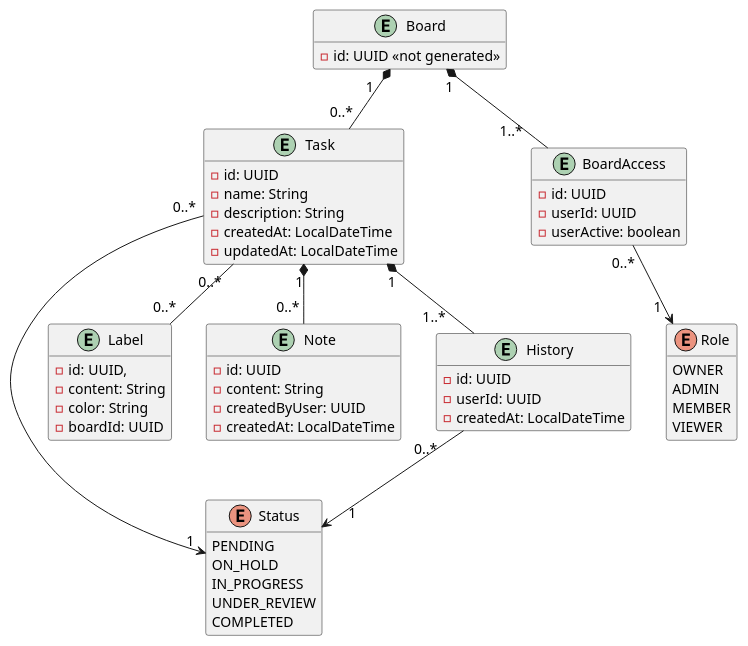
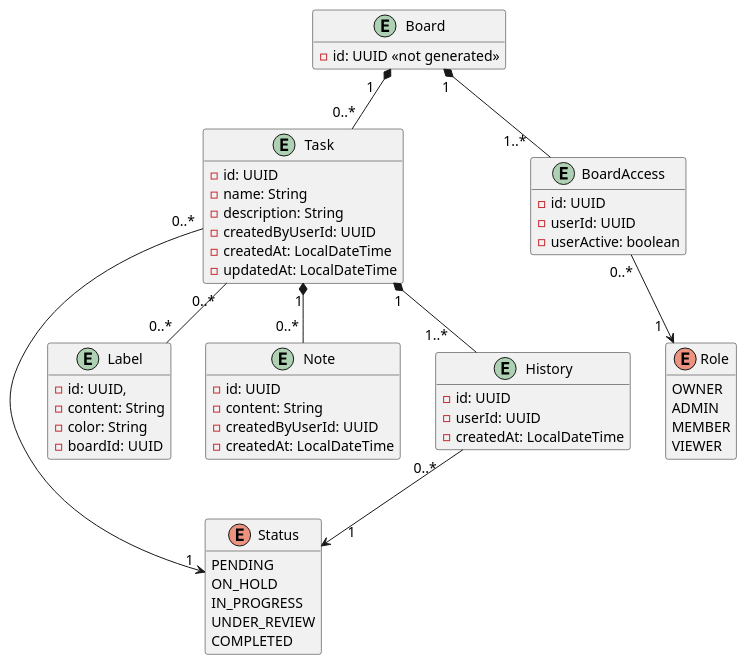
Before and after one commit to ArmandoEnrique1010K/TrelloMicroservices: the diagram in assets/Workflow_diagram.puml, drawn with PlantUML. The commit also changed 8 other files, not shown here.

```diff
--- a/assets/Workflow_diagram.puml
+++ b/assets/Workflow_diagram.puml
@@ -1,100 +1,100 @@
 @startuml Workflow
 hide methods
 skinparam ArrowFontSize 14
 
 ' =========================================================
 ' Datos provenientes indirectamente de PROJECT
 ' =========================================================
 
 ' OWNER representa al usuario administrador del workspace.
 '
 ' boardId hace referencia a un board administrado por
 ' PROJECT. No es una FK hacia una entidad Board de TASK.
 enum Role {
   OWNER
   ADMIN
   MEMBER
   VIEWER
 }
 
 entity BoardAccess {
   - id: UUID
   '- boardId: UUID
   - userId: UUID
   - userActive: boolean
 }
 
 
 'El ID de la entidad Board no es generado automaticamente, se
 'toma el ID del Board generado en el microservicio Project, es
 'por ello que se coloca <<not generated>>
 entity Board {
   - id: UUID <<not generated>>
 }
 
 
 ' =========================================================
 ' Entidades propias de WORKFLOW
 ' =========================================================
 
 'El valor por defecto del estado es PENDING
 enum Status {
   PENDING 
   ON_HOLD
   IN_PROGRESS
   UNDER_REVIEW
   COMPLETED
 }
 
 entity Task {
   - id: UUID
-'  - boardId: UUID
   - name: String
   - description: String
+  - createdByUserId: UUID
   - createdAt: LocalDateTime
   - updatedAt: LocalDateTime
 }
 
 entity Label {
   - id: UUID,
   - content: String
   - color: String
   - boardId: UUID
 }
 
 entity Note {
   - id: UUID
   - content: String
-  - createdByUser: UUID
+  - createdByUserId: UUID
   - createdAt: LocalDateTime
 }
 
 
 ' Historial de estados de Task.
 ' Al crear una Task, se crea también su primer History.
 
 entity History {
   - id: UUID
   - userId: UUID
   - createdAt: LocalDateTime
 }
 
 
 ' =========================================================
 ' Relaciones
 ' =========================================================
 'Una tarea puede tener ninguno, 1 o varios labels diferentes
 Task "0..* " -- "0..*" Label
 Task "1" *-- "0..* " Note
 Task "1" *-- "1..*     " History
 
 Task "0..*" -> "1 " Status
 History " 0..*    " --> "     1  " Status
 
 Board "1" *-- "1..*    " BoardAccess
 Board " 1   " *-- "0..*" Task
 BoardAccess "0..*" --> "1  " Role
 
 
 
 @enduml
```
